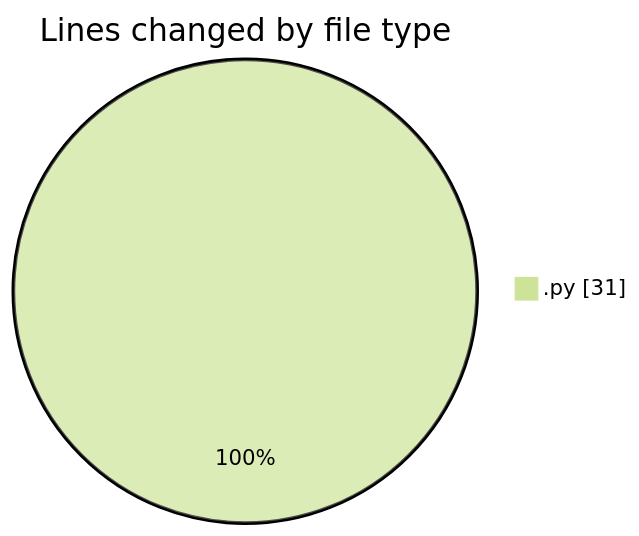
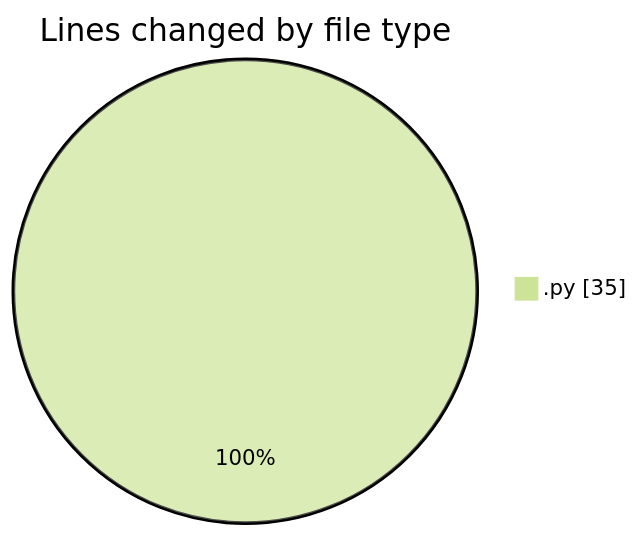
One commit to hasnaa123/code-tracking changed the first of 2 diagrams in 2026-02-21/student_performance_system/README.md. Above: the diagram before and after it, drawn with Mermaid (forest theme). The commit also changed other lines of this file and 1 other file, not shown here.

````diff
--- a/2026-02-21/student_performance_system/README.md
+++ b/2026-02-21/student_performance_system/README.md
@@ -20,5 +20,5 @@
 ```mermaid
 pie showData
 title Lines changed by file type
-".py" : 31
+".py" : 35
 ```
````
